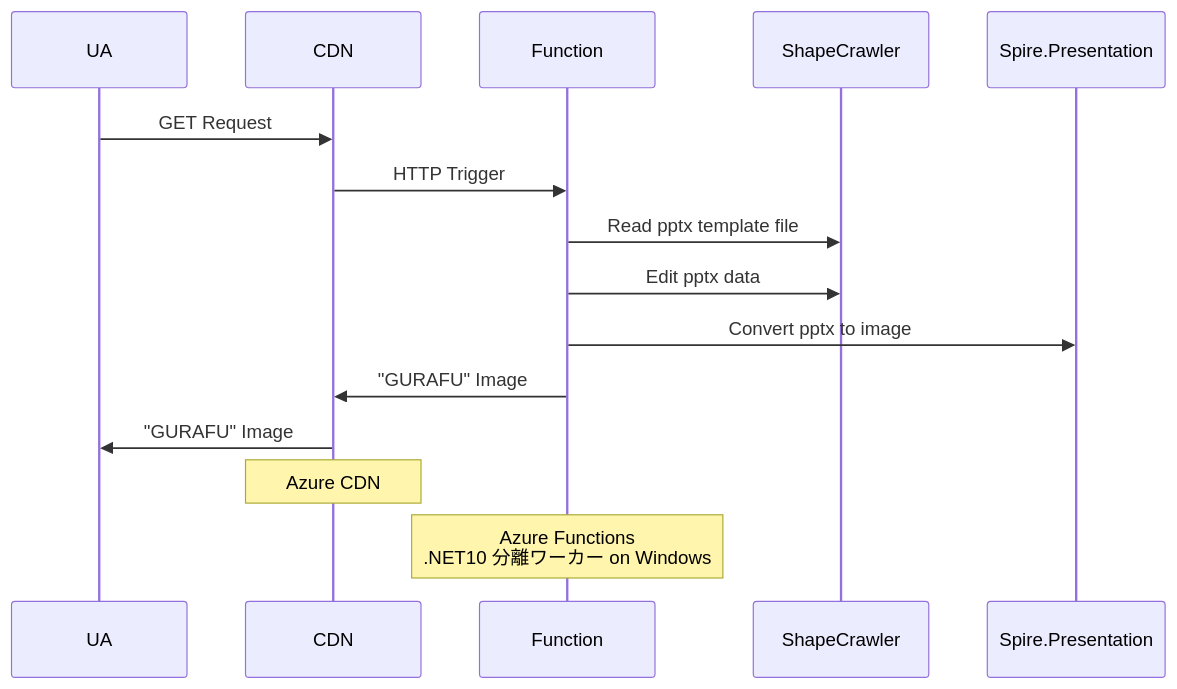
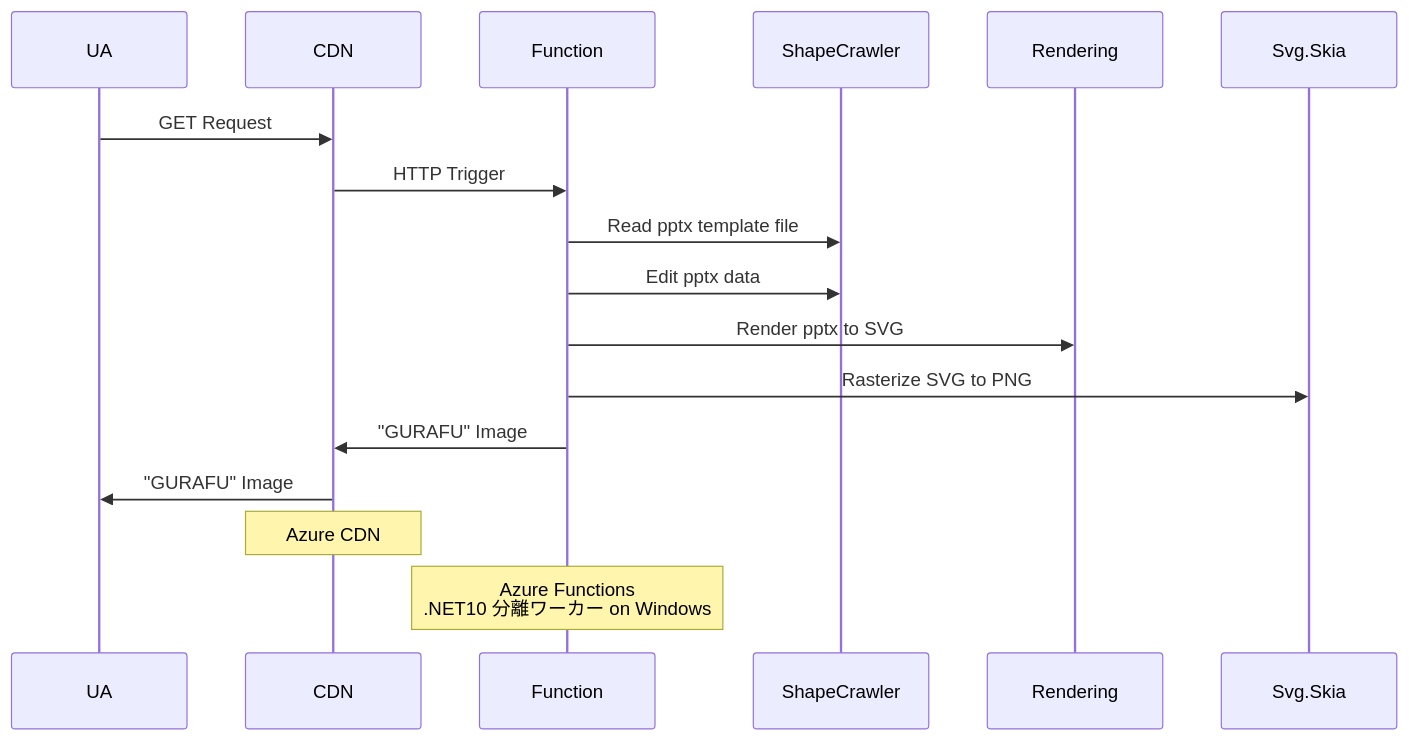
The diagram in README.md (7474/NantoNBai), drawn with Mermaid before and after one commit. The commit also changed other lines of this file and 20 other files, not shown here.

First line of the commit message:
Render the slide ourselves: pptx -> SVG -> PNG

````diff
--- a/README.md
+++ b/README.md
@@ -39,12 +39,13 @@
 ```mermaid
 sequenceDiagram
     UA->>CDN: GET Request
     CDN->>Function: HTTP Trigger
     Function->>ShapeCrawler: Read pptx template file
     Function->>ShapeCrawler: Edit pptx data
-    Function->>Spire.Presentation: Convert pptx to image
+    Function->>Rendering: Render pptx to SVG
+    Function->>Svg.Skia: Rasterize SVG to PNG
     Function->>CDN: "GURAFU" Image
     CDN->>UA: "GURAFU" Image
     Note over CDN: Azure CDN
     Note over Function: Azure Functions<br/>.NET10 分離ワーカー on Windows
 ```
````
